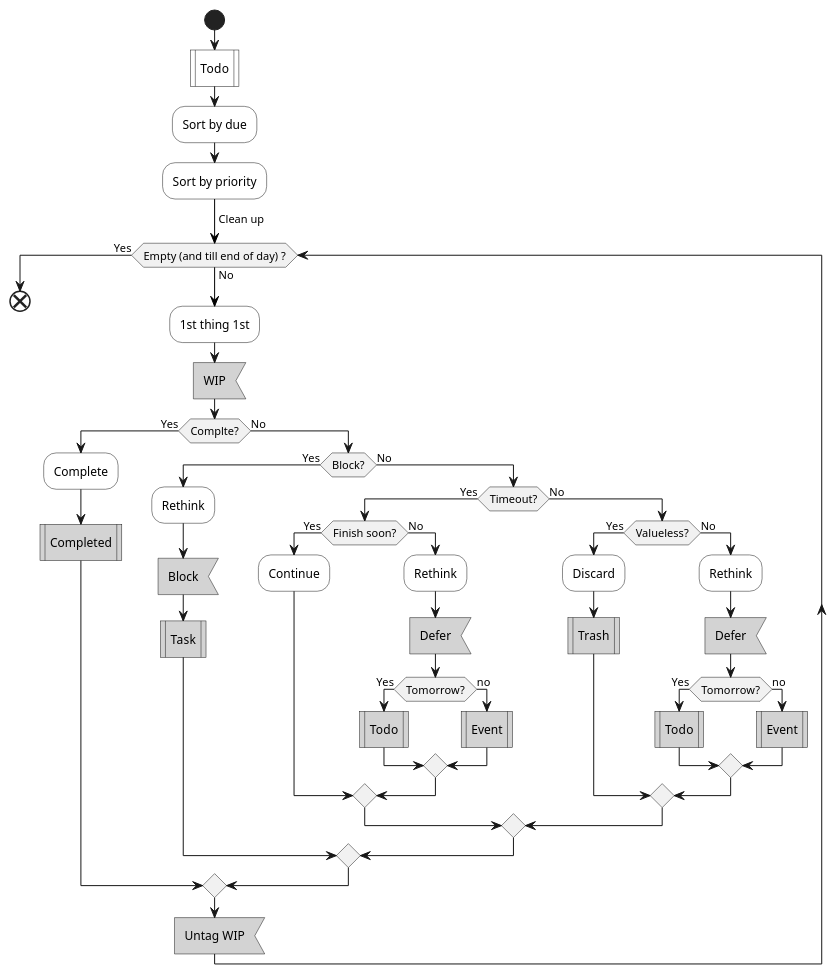
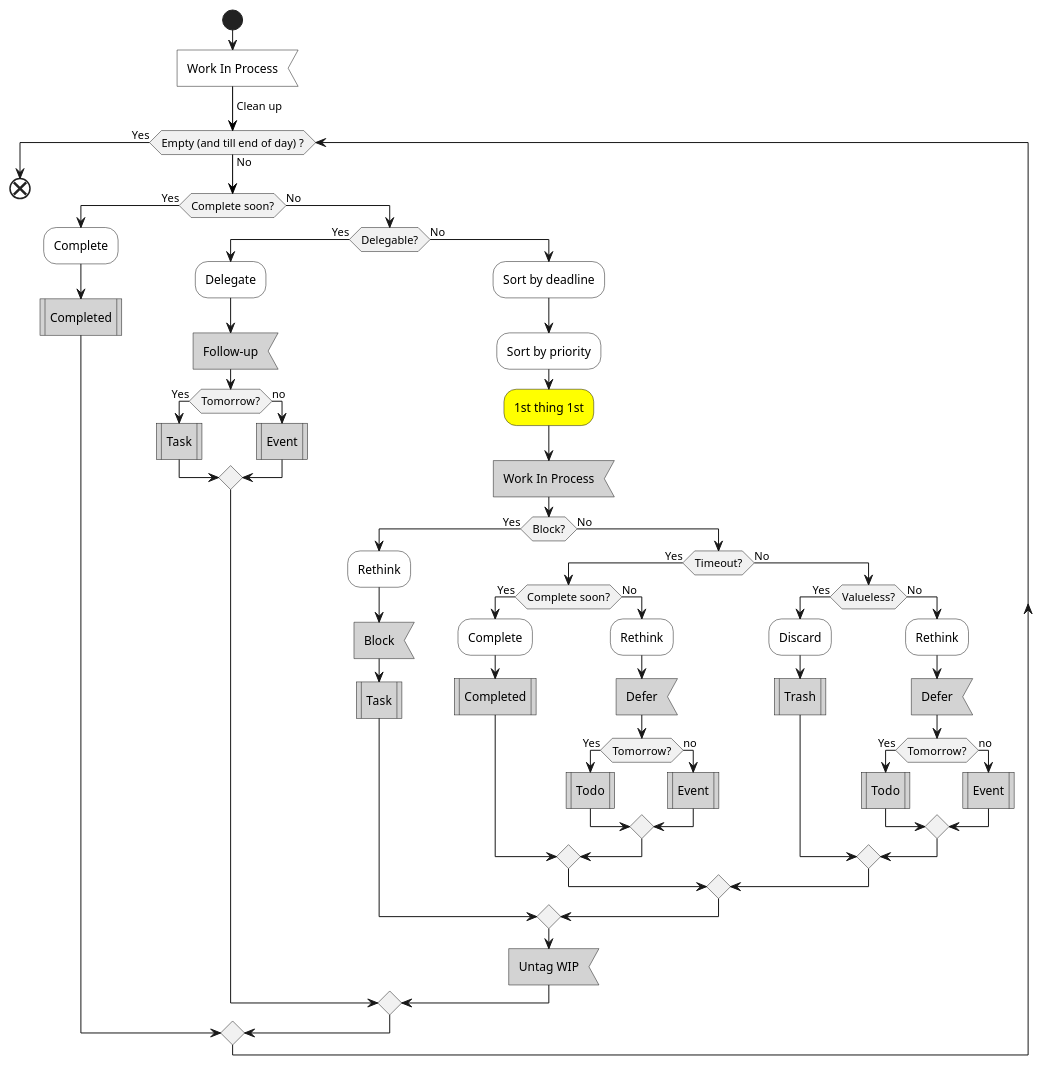
Before and after one commit to IceHe/icehe-lib: the fourth of 5 diagrams in lifelogs/rehabilitation.md, drawn with PlantUML. The commit also changed other lines of this file and 1 other file, not shown here.

````diff
--- a/lifelogs/rehabilitation.md
+++ b/lifelogs/rehabilitation.md
@@ -312,52 +331,63 @@
 ```plantuml
 @startuml
 start
-#white:Todo|
-#white:Sort by due;
-#white:Sort by priority;
+#white:Work In Process<
 -[#black]-> Clean up;
 while (Empty (and till end of day) ?) is (No)
-    #white:1st thing 1st;
-    #lightGray:WIP<
-    if (Complte?) then (Yes)
+    if (Complete soon?) then (Yes)
         #white:Complete;
         #lightGray:Completed|
     else (No)
-        if (Block?) then (Yes)
-            #white:Rethink;
-            #lightGray:Block<
-            #lightGray:Task|
+        if (Delegable?) then (Yes)
+            #white:Delegate;
+            #lightGray:Follow-up<
+            if (Tomorrow?) then (Yes)
+                #lightGray:Task|
+            else (no)
+                #lightGray:Event|
+            endif
         else (No)
-            if (Timeout?) then (Yes)
-                if (Finish soon?) then (Yes)
-                    #white:Continue;
+            #white:Sort by deadline;
+            #white:Sort by priority;
+            #yellow:1st thing 1st;
+            #lightGray:Work In Process<
+            if (Block?) then (Yes)
+                #white:Rethink;
+                #lightGray:Block<
+                #lightGray:Task|
+            else (No)
+                if (Timeout?) then (Yes)
+                    if (Complete soon?) then (Yes)
+                        #white:Complete;
+                        #lightGray:Completed|
+                    else (No)
+                        #white:Rethink;
+                        #lightGray:Defer<
+                        if (Tomorrow?) then (Yes)
+                            #lightGray:Todo|
+                        else (no)
+                            #lightGray:Event|
+                        endif
+                    endif
                 else (No)
-                #white:Rethink;
-                #lightGray:Defer<
-                if (Tomorrow?) then (Yes)
-                    #lightGray:Todo|
-                else (no)
-                    #lightGray:Event|
-                endif
-                endif
-            else (No)
-                if (Valueless?) then (Yes)
-                    #white:Discard;
-                    #lightGray:Trash|
-                else (No)
-                    #white:Rethink;
-                    #lightGray:Defer<
-                    if (Tomorrow?) then (Yes)
-                        #lightGray:Todo|
-                    else (no)
-                        #lightGray:Event|
+                    if (Valueless?) then (Yes)
+                        #white:Discard;
+                        #lightGray:Trash|
+                    else (No)
+                        #white:Rethink;
+                        #lightGray:Defer<
+                        if (Tomorrow?) then (Yes)
+                            #lightGray:Todo|
+                        else (no)
+                            #lightGray:Event|
+                        endif
                     endif
                 endif
             endif
+            #lightGray:Untag WIP<
         endif
     endif
-    #lightGray:Untag WIP<
 endwhile (Yes)
 end
 @enduml
 ```
````
